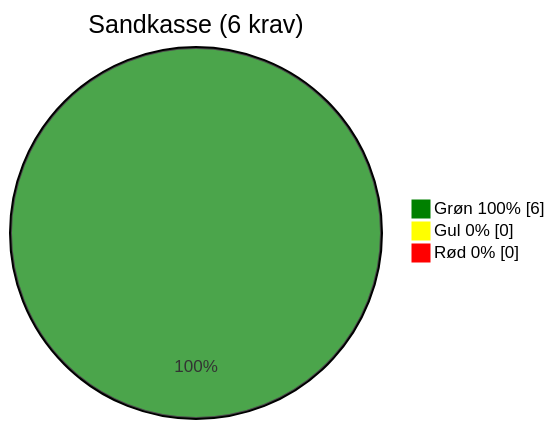
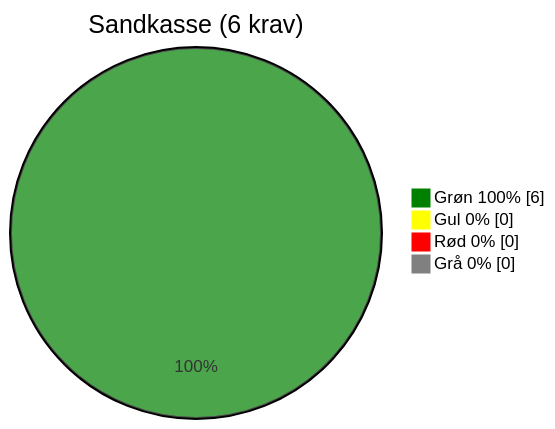
Before and after one commit to OS2offdig/os2-product-reviews: the first of 5 diagrams in docs/audits/os2-test_assessment.md, drawn with Mermaid. The commit also changed other lines of this file, not shown here.

````diff
--- a/docs/audits/os2-test_assessment.md
+++ b/docs/audits/os2-test_assessment.md
@@ -104,10 +104,11 @@
 ```mermaid
 %%{init: {"themeVariables": {
- "pie1": "#008000", "pie2": "#FFFF00", "pie3": "#FF0000"
+ "pie1": "#008000", "pie2": "#FFFF00", "pie3": "#FF0000", "pie4": "#808080"
 }}}%%
 pie showData
  title Sandkasse (6 krav)
  "Grøn 100%" : 6
  "Gul 0%" : 0
  "Rød 0%" : 0
+ "Grå 0%" : 0
 ```
````
